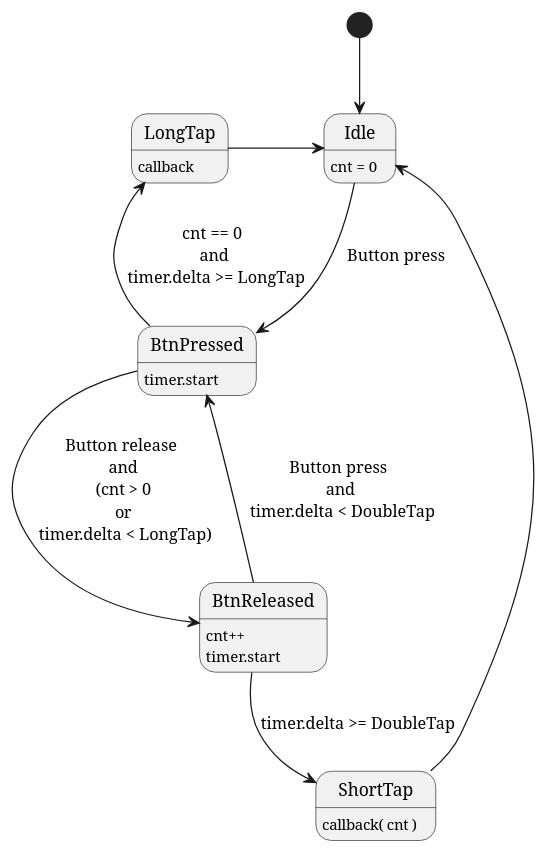
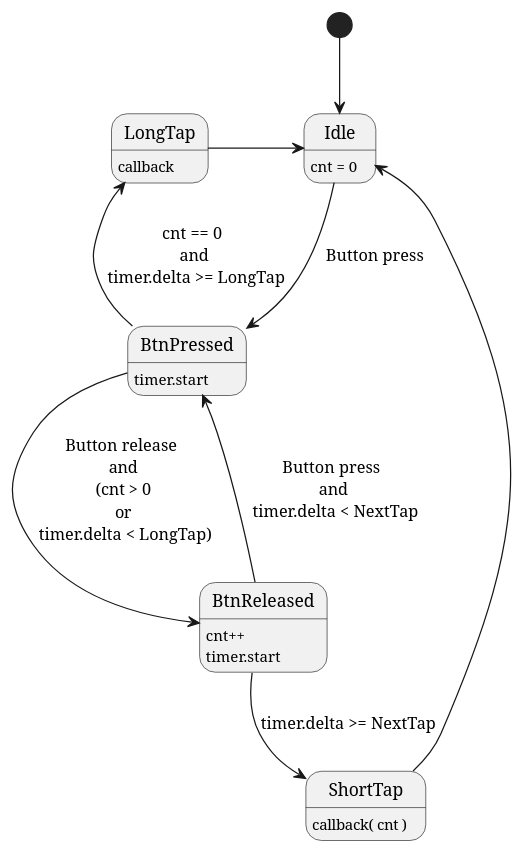
Before and after one commit to llasek/SmartHome: the diagram in LightSwitch/diagrams/TouchBtn.plantuml, drawn with PlantUML. The commit also changed 12 other files, not shown here.

```diff
--- a/LightSwitch/diagrams/TouchBtn.plantuml
+++ b/LightSwitch/diagrams/TouchBtn.plantuml
@@ -1,23 +1,23 @@
 @startuml
 
 [*] --> Idle
 
 Idle : cnt = 0
 Idle --> BtnPressed : Button press
 
 BtnPressed : timer.start
 BtnPressed --> BtnReleased : Button release \n and \n (cnt > 0 \n or \n timer.delta < LongTap)
 BtnPressed --> LongTap : cnt == 0 \n and \n timer.delta >= LongTap
 
 BtnReleased : cnt++
 BtnReleased : timer.start
-BtnReleased --> BtnPressed : Button press \n and \n timer.delta < DoubleTap
-BtnReleased --> ShortTap : timer.delta >= DoubleTap
+BtnReleased --> BtnPressed : Button press \n and \n timer.delta < NextTap
+BtnReleased --> ShortTap : timer.delta >= NextTap
 
 ShortTap : callback( cnt )
 ShortTap --> Idle
 
 LongTap : callback
 LongTap -> Idle
 
 @enduml
```
